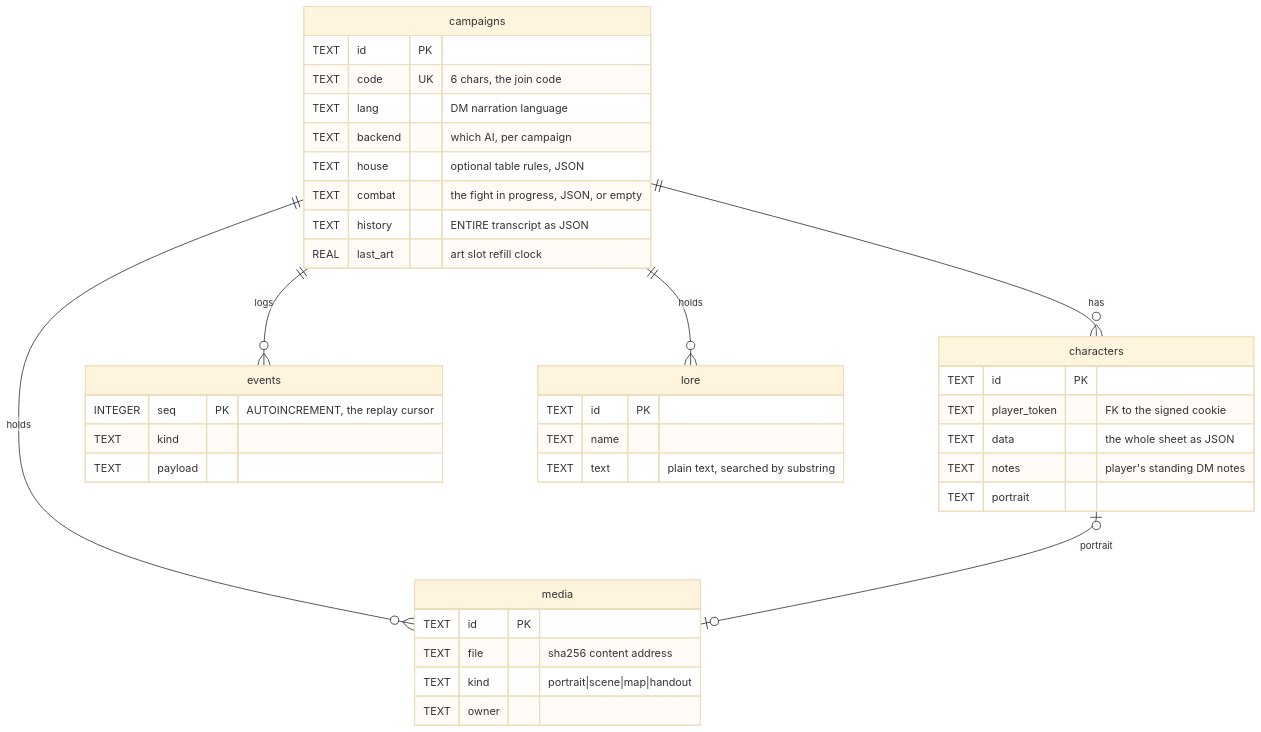
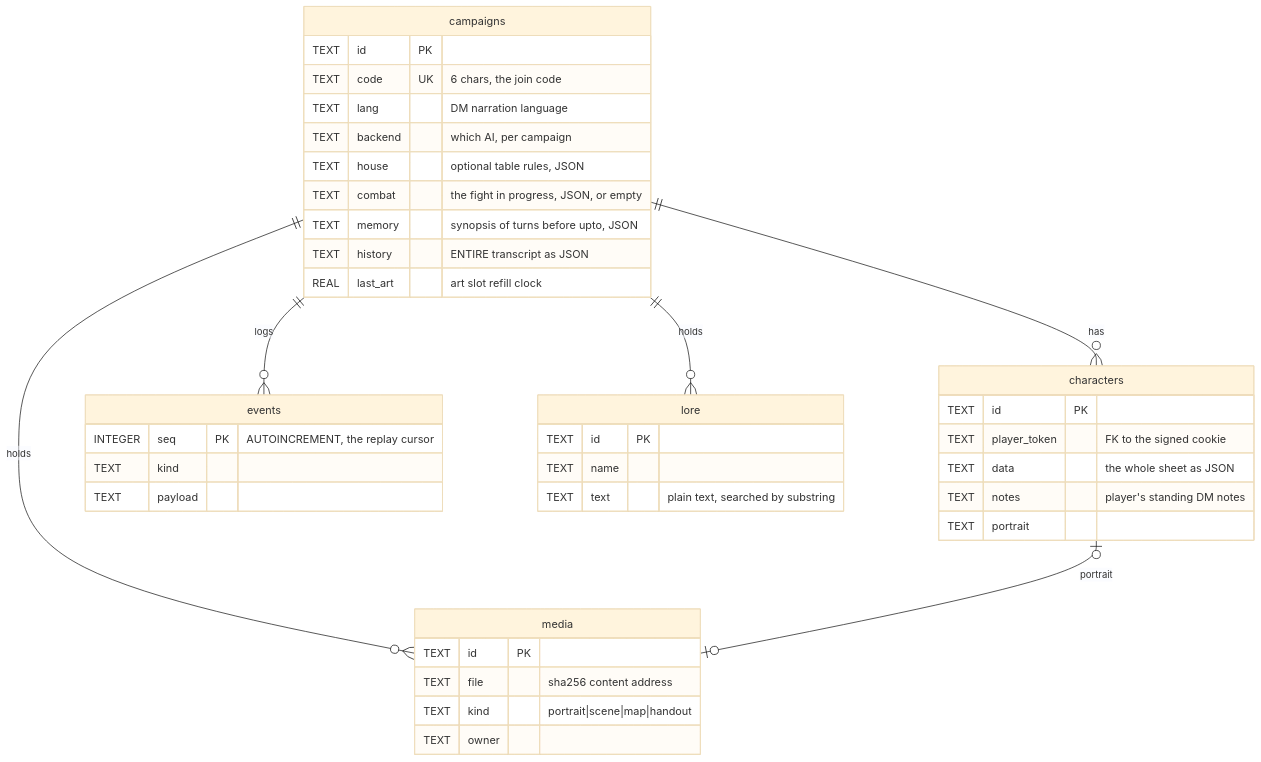
Before and after one commit to theam-ops/ai-dungeon-master: the third of 5 diagrams in ARCHITECTURE.md, drawn with Mermaid (base theme). The commit also changed other lines of this file and 19 other files, not shown here.

````diff
--- a/ARCHITECTURE.md
+++ b/ARCHITECTURE.md
@@ -182,42 +182,43 @@
 ```mermaid
 erDiagram
     campaigns ||--o{ characters : has
     campaigns ||--o{ events : logs
     campaigns ||--o{ media : holds
     campaigns ||--o{ lore : holds
     characters |o--o| media : portrait
 
     campaigns {
         TEXT id PK
         TEXT code UK "6 chars, the join code"
         TEXT lang "DM narration language"
         TEXT backend "which AI, per campaign"
         TEXT house "optional table rules, JSON"
         TEXT combat "the fight in progress, JSON, or empty"
+        TEXT memory "synopsis of turns before upto, JSON"
         TEXT history "ENTIRE transcript as JSON"
         REAL last_art "art slot refill clock"
     }
     characters {
         TEXT id PK
         TEXT player_token "FK to the signed cookie"
         TEXT data "the whole sheet as JSON"
         TEXT notes "player's standing DM notes"
         TEXT portrait
     }
     events {
         INTEGER seq PK "AUTOINCREMENT, the replay cursor"
         TEXT kind
         TEXT payload
     }
     media {
         TEXT id PK
         TEXT file "sha256 content address"
         TEXT kind "portrait|scene|map|handout"
         TEXT owner
     }
     lore {
         TEXT id PK
         TEXT name
         TEXT text "plain text, searched by substring"
     }
 ```
````
